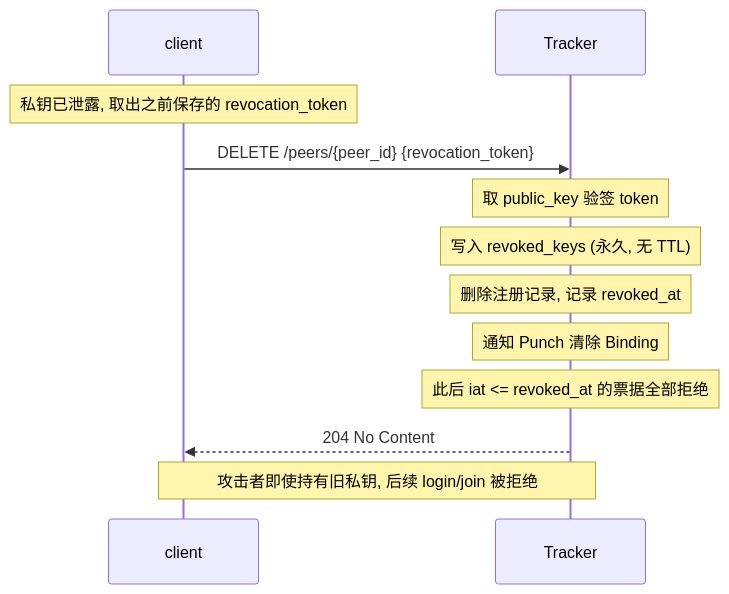
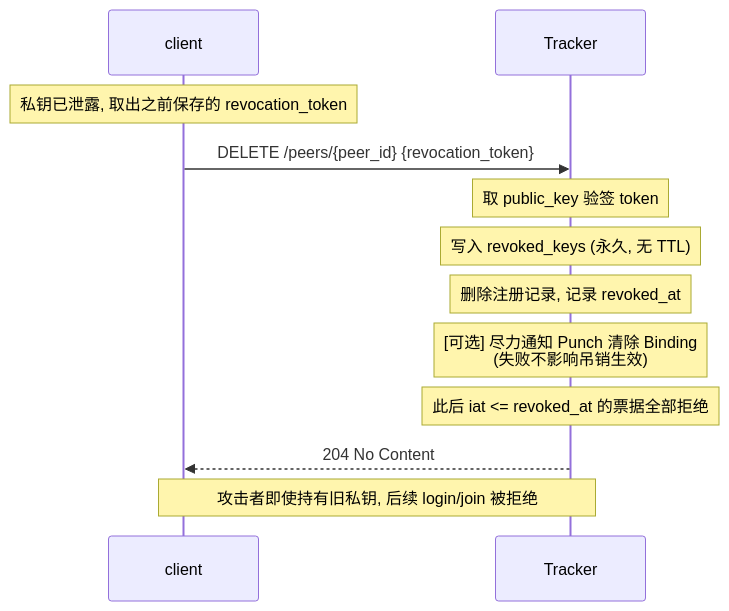
One commit to mivinci/p2p changed the third of 15 diagrams in docs/design/p2p-technical.md. Above: the diagram before and after it, drawn with Mermaid. The commit also changed other lines of this file and 1 other file, not shown here.

Commit message:
docs(design): 收敛 Tracker 与 Punch 的耦合面，只保留单向吊销查询 (#19)

````diff
--- a/docs/design/p2p-technical.md
+++ b/docs/design/p2p-technical.md
@@ -578,15 +595,15 @@
 ```mermaid
 sequenceDiagram
     participant C as client
     participant T as Tracker
 
     Note over C: 私钥已泄露, 取出之前保存的 revocation_token
     C->>T: DELETE /peers/{peer_id} {revocation_token}
     Note over T: 取 public_key 验签 token
     Note over T: 写入 revoked_keys (永久, 无 TTL)
     Note over T: 删除注册记录, 记录 revoked_at
-    Note over T: 通知 Punch 清除 Binding
+    Note over T: [可选] 尽力通知 Punch 清除 Binding<br/>(失败不影响吊销生效)
     Note over T: 此后 iat <= revoked_at 的票据全部拒绝
     T-->>C: 204 No Content
     Note over C,T: 攻击者即使持有旧私钥, 后续 login/join 被拒绝
 ```
````
